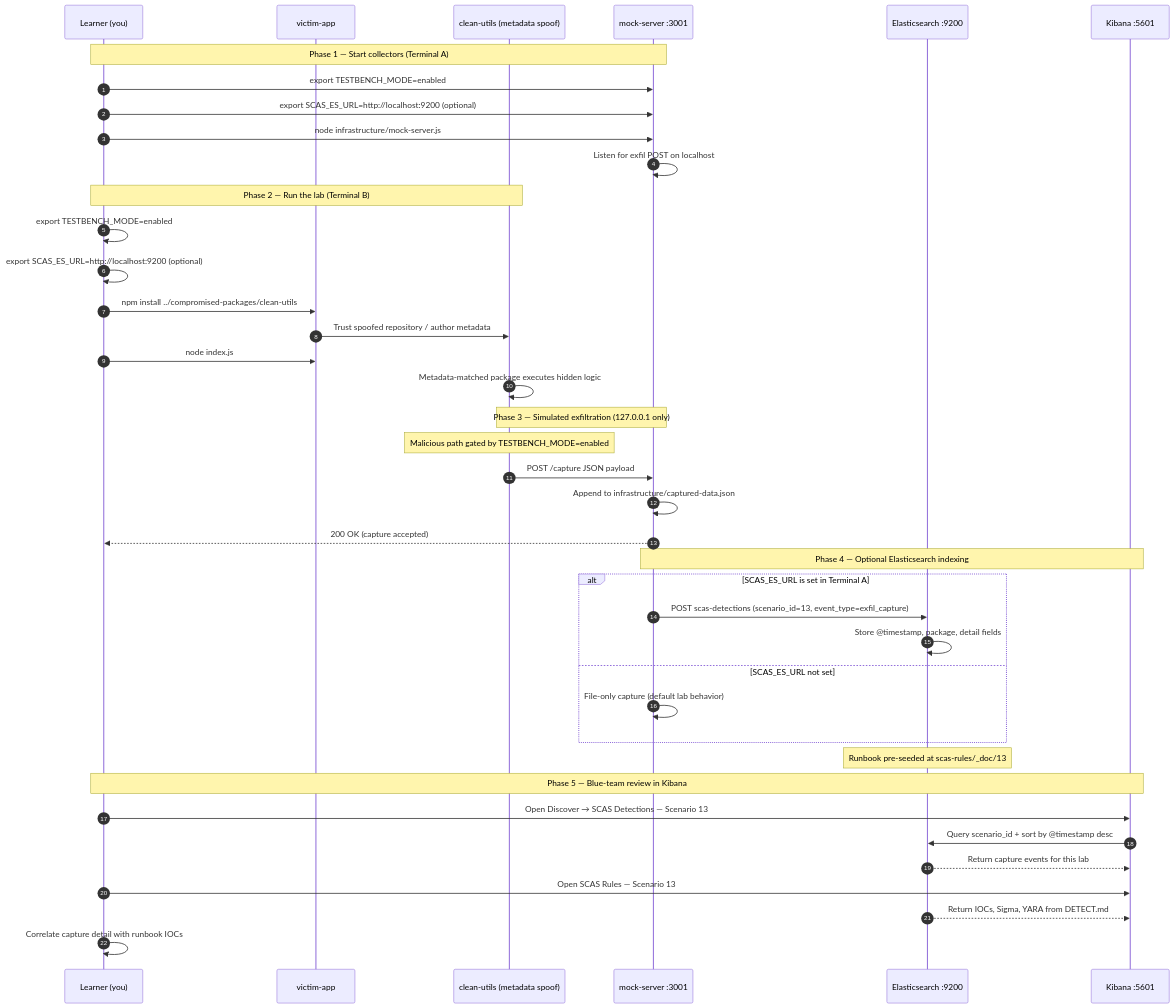
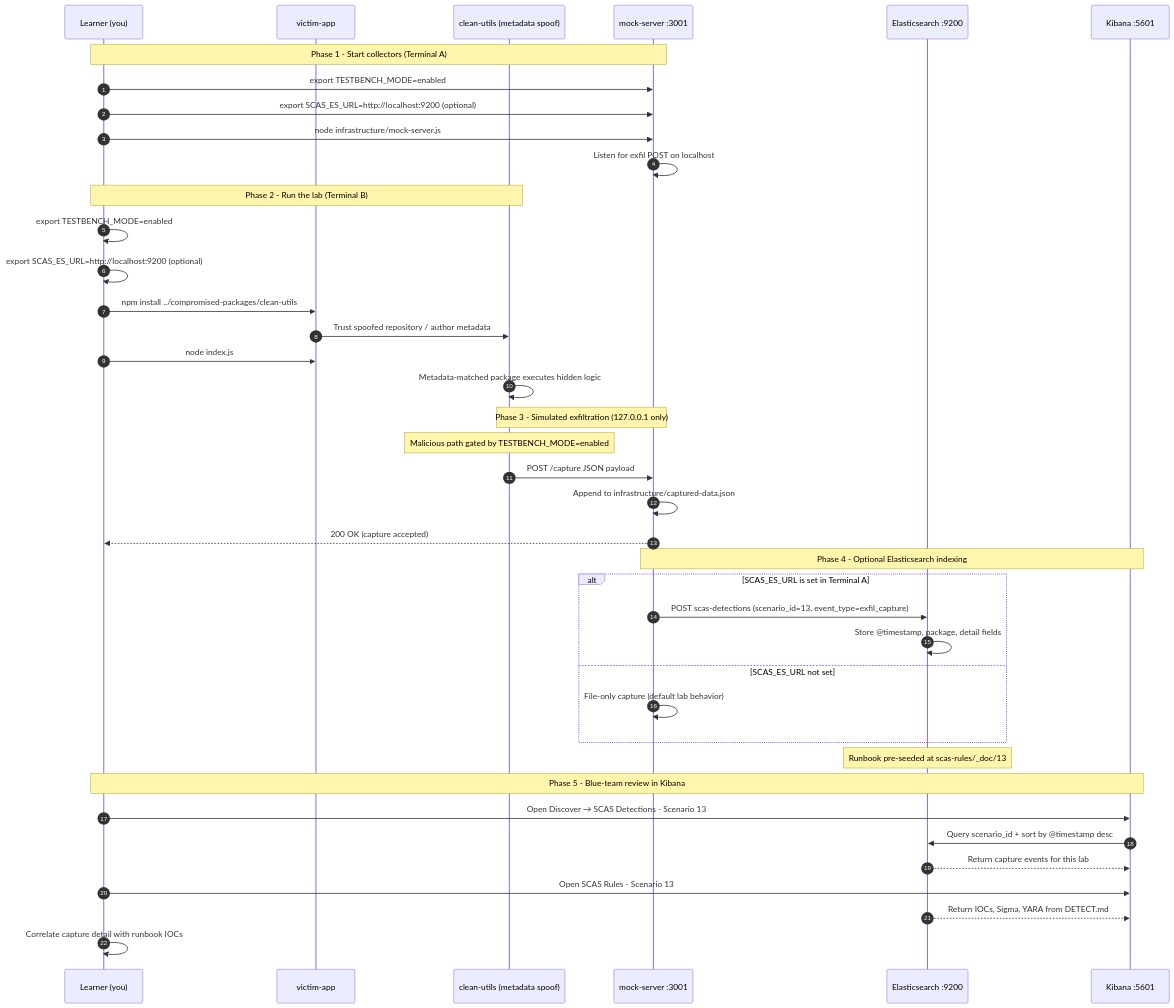
One commit to RAJANAGORI/testbench changed the diagram in documentation/scenario-guides/zero-to-hero/ZERO_TO_HERO_SCENARIO_13.md. Above: the diagram before and after it, drawn with Mermaid. The commit also changed other lines of this file and 66 other files, not shown here.

````diff
--- a/documentation/scenario-guides/zero-to-hero/ZERO_TO_HERO_SCENARIO_13.md
+++ b/documentation/scenario-guides/zero-to-hero/ZERO_TO_HERO_SCENARIO_13.md
@@ -663,47 +663,47 @@
 ```mermaid
 sequenceDiagram
     autonumber
     participant Learner as Learner (you)
     participant Victim as victim-app
     participant MalPkg as clean-utils (metadata spoof)
     participant Mock as mock-server :3001
     participant ES as Elasticsearch :9200
     participant Kibana as Kibana :5601
 
-    Note over Learner,Mock: Phase 1 — Start collectors (Terminal A)
+    Note over Learner,Mock: Phase 1 - Start collectors (Terminal A)
     Learner->>Mock: export TESTBENCH_MODE=enabled
     Learner->>Mock: export SCAS_ES_URL=http://localhost:9200 (optional)
     Learner->>Mock: node infrastructure/mock-server.js
     Mock->>Mock: Listen for exfil POST on localhost
 
-    Note over Learner,MalPkg: Phase 2 — Run the lab (Terminal B)
+    Note over Learner,MalPkg: Phase 2 - Run the lab (Terminal B)
     Learner->>Learner: export TESTBENCH_MODE=enabled
     Learner->>Learner: export SCAS_ES_URL=http://localhost:9200 (optional)
     Learner->>Victim: npm install ../compromised-packages/clean-utils
     Victim->>MalPkg: Trust spoofed repository / author metadata
     Learner->>Victim: node index.js
     MalPkg->>MalPkg: Metadata-matched package executes hidden logic
 
-    Note over MalPkg,Mock: Phase 3 — Simulated exfiltration (127.0.0.1 only)
+    Note over MalPkg,Mock: Phase 3 - Simulated exfiltration (127.0.0.1 only)
     Note over MalPkg: Malicious path gated by TESTBENCH_MODE=enabled
     MalPkg->>Mock: POST /capture JSON payload
     Mock->>Mock: Append to infrastructure/captured-data.json
     Mock-->>Learner: 200 OK (capture accepted)
 
-    Note over Mock,Kibana: Phase 4 — Optional Elasticsearch indexing
+    Note over Mock,Kibana: Phase 4 - Optional Elasticsearch indexing
     alt SCAS_ES_URL is set in Terminal A
     Mock->>ES: POST scas-detections (scenario_id=13, event_type=exfil_capture)
     ES->>ES: Store @timestamp, package, detail fields
     else SCAS_ES_URL not set
     Mock->>Mock: File-only capture (default lab behavior)
     end
 
     Note over ES: Runbook pre-seeded at scas-rules/_doc/13
-    Note over Learner,Kibana: Phase 5 — Blue-team review in Kibana
-    Learner->>Kibana: Open Discover → SCAS Detections — Scenario 13
+    Note over Learner,Kibana: Phase 5 - Blue-team review in Kibana
+    Learner->>Kibana: Open Discover → SCAS Detections - Scenario 13
     Kibana->>ES: Query scenario_id + sort by @timestamp desc
     ES-->>Kibana: Return capture events for this lab
-    Learner->>Kibana: Open SCAS Rules — Scenario 13
+    Learner->>Kibana: Open SCAS Rules - Scenario 13
     ES-->>Kibana: Return IOCs, Sigma, YARA from DETECT.md
     Learner->>Learner: Correlate capture detail with runbook IOCs
 ```
````
